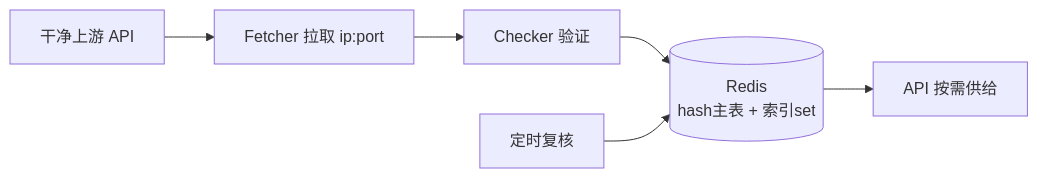
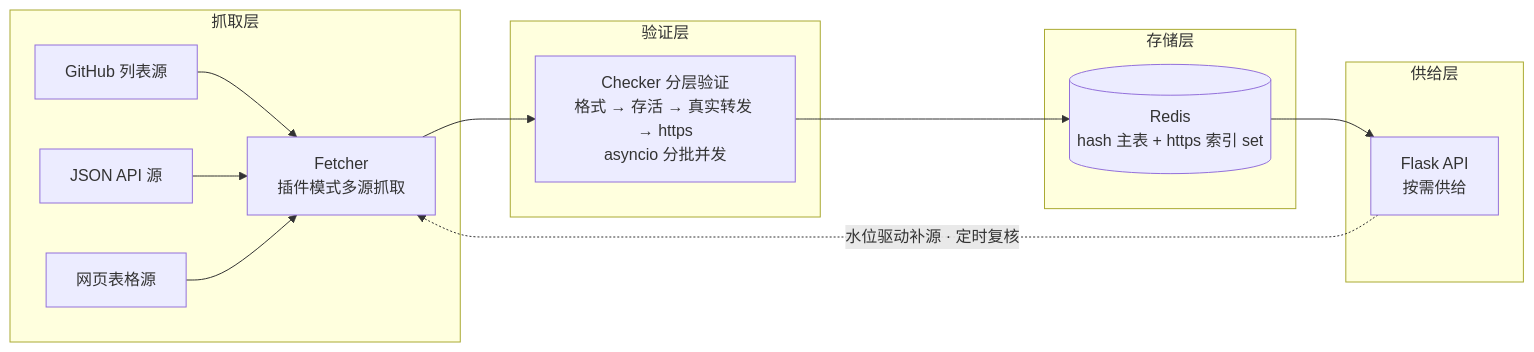
One commit to IvoryGate/oh-my-wiki changed the first of 2 diagrams in workspace/Doing/从0到1搭建一个自用代理池.md. Above: the diagram before and after it, drawn with Mermaid. The commit also changed other lines of this file and 1 other file, not shown here.

````diff
--- a/workspace/Doing/从0到1搭建一个自用代理池.md
+++ b/workspace/Doing/从0到1搭建一个自用代理池.md
@@ -46,8 +31,18 @@
 ```mermaid
 flowchart LR
-    SRC[干净上游 API] --> FET[Fetcher 拉取 ip:port]
-    FET --> CHK[Checker 验证]
-    CHK --> REDIS[(Redis<br/>hash主表 + 索引set)]
-    REDIS --> API[API 按需供给]
-    SCH[定时复核] --> REDIS
+    subgraph 抓取层
+        G[GitHub 列表源] --> F[Fetcher<br/>插件模式多源抓取]
+        J[JSON API 源] --> F
+        H[网页表格源] --> F
+    end
+    subgraph 验证层
+        F --> C[Checker 分层验证<br/>格式 → 存活 → 真实转发 → https<br/>asyncio 分批并发]
+    end
+    subgraph 存储层
+        C --> R[(Redis<br/>hash 主表 + https 索引 set)]
+    end
+    subgraph 供给层
+        R --> A[Flask API<br/>按需供给]
+    end
+    A -. 水位驱动补源 · 定时复核.-> F
 ```
````
